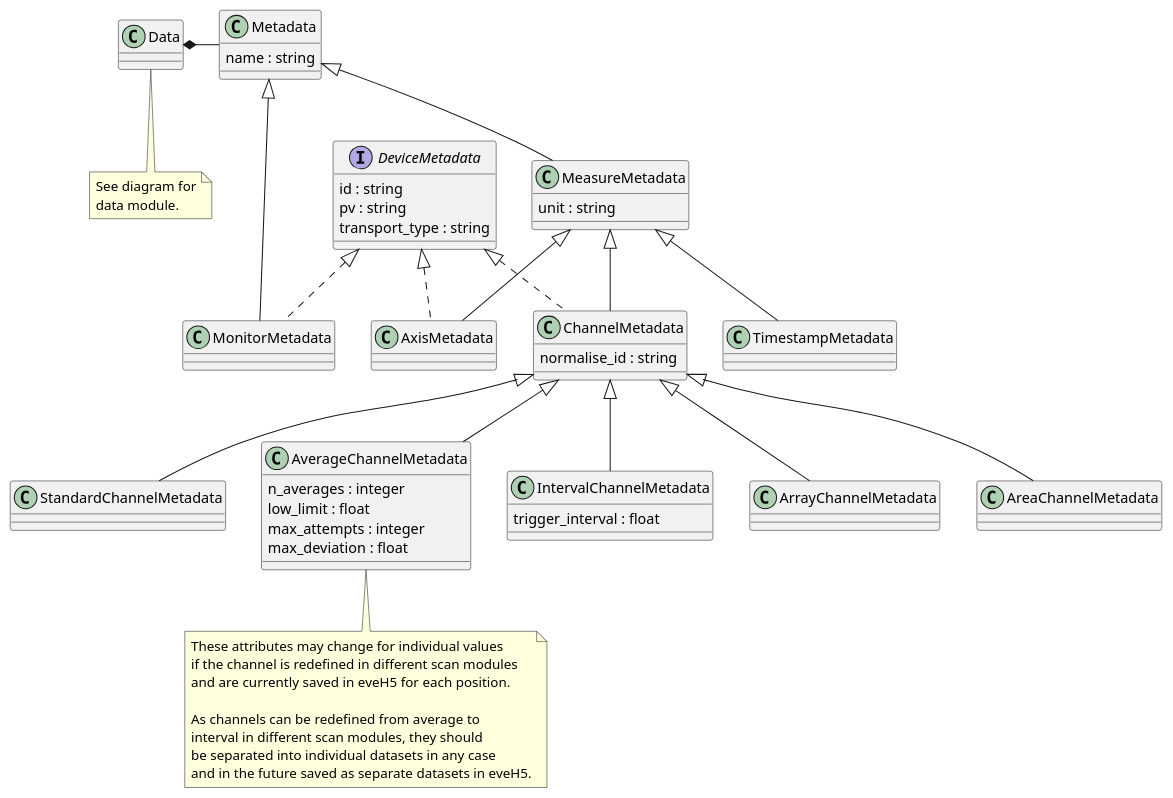
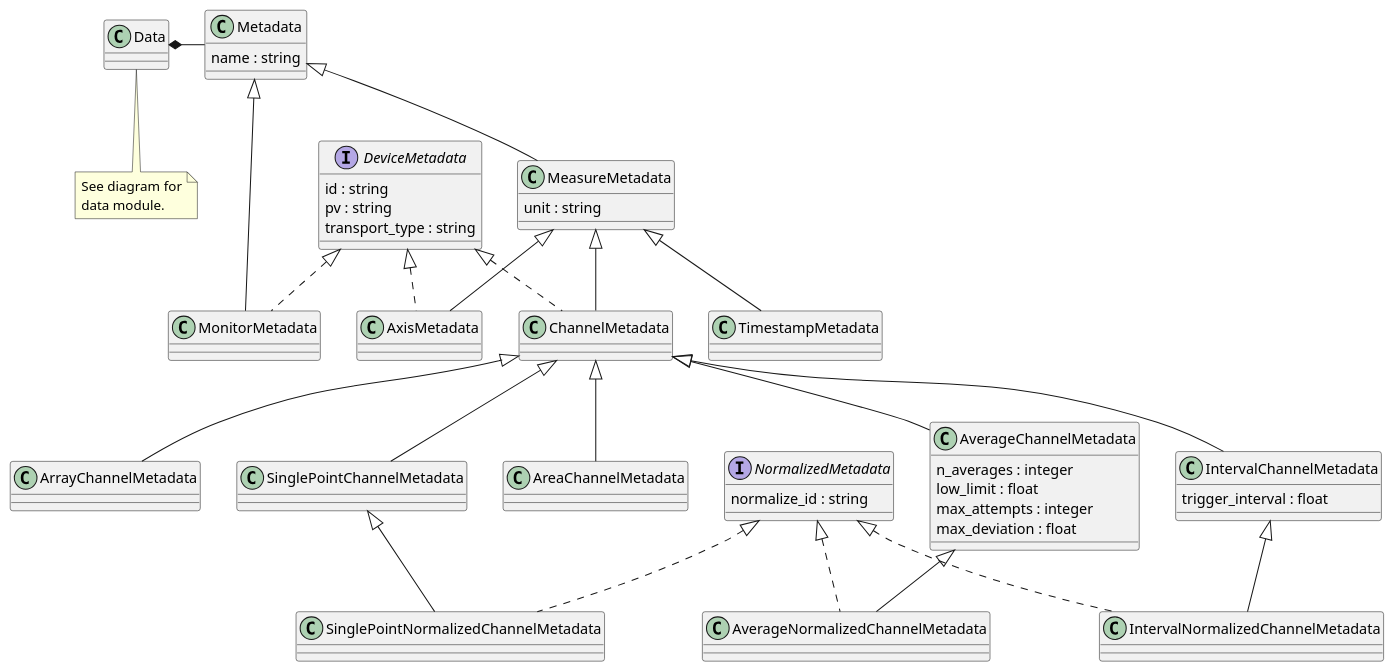
The diagram in docs/uml/evedata.evefile.metadata.puml (tillbiskup/evedata), drawn with PlantUML before and after one commit. The commit also changed 4 other files, not shown here.

Commit message:
Update schemas reflecting discussion regarding data model

```diff
--- a/docs/uml/evedata.evefile.metadata.puml
+++ b/docs/uml/evedata.evefile.metadata.puml
@@ -1,65 +1,64 @@
 @startuml
 
 class Metadata {
     name : string
 }
 
 class Data {
 }
 note bottom: See diagram for\ndata module.
 
 interface DeviceMetadata {
     id : string
     pv : string
     transport_type : string
 }
 
 class MeasureMetadata extends Metadata {
     unit : string
 }
 
 class MonitorMetadata extends Metadata implements DeviceMetadata {
 }
 
 class AxisMetadata extends MeasureMetadata implements DeviceMetadata  {
 }
 
 class ChannelMetadata extends MeasureMetadata implements DeviceMetadata  {
-    normalise_id : string
 }
 
 class TimestampMetadata extends MeasureMetadata {
 }
 
-class StandardChannelMetadata extends ChannelMetadata {}
+class SinglePointChannelMetadata extends ChannelMetadata {}
 
 class AverageChannelMetadata extends ChannelMetadata {
     n_averages : integer
     low_limit : float
     max_attempts : integer
     max_deviation : float
 }
-note bottom
-    These attributes may change for individual values
-    if the channel is redefined in different scan modules
-    and are currently saved in eveH5 for each position.
-
-    As channels can be redefined from average to
-    interval in different scan modules, they should
-    be separated into individual datasets in any case
-    and in the future saved as separate datasets in eveH5.
-end note
 
 class IntervalChannelMetadata extends ChannelMetadata {
     trigger_interval : float
 }
 
 class ArrayChannelMetadata extends ChannelMetadata {
 }
 
 class AreaChannelMetadata extends ChannelMetadata {
 }
 
 Data *- Metadata
 
+interface NormalizedMetadata {
+    normalize_id : string
+}
+
+class SinglePointNormalizedChannelMetadata extends SinglePointChannelMetadata implements NormalizedMetadata {}
+
+class AverageNormalizedChannelMetadata extends AverageChannelMetadata implements NormalizedMetadata {}
+
+class IntervalNormalizedChannelMetadata extends IntervalChannelMetadata implements NormalizedMetadata {}
+
 @enduml
```
